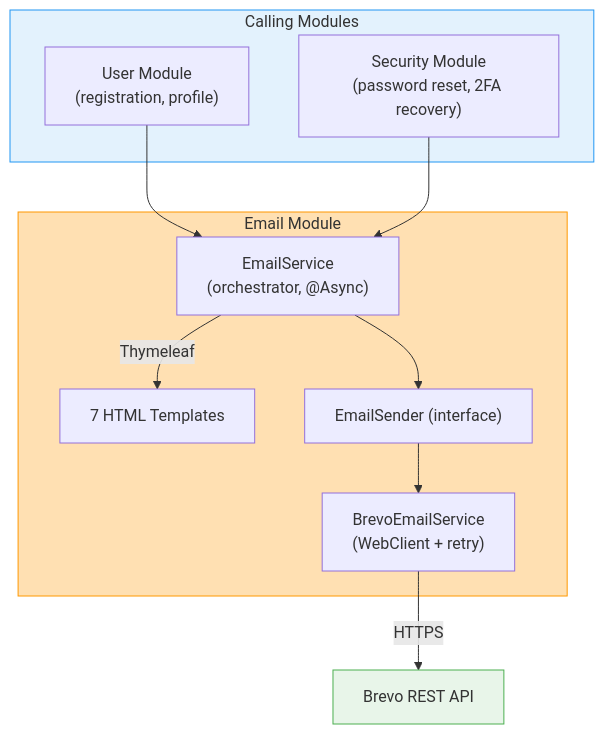
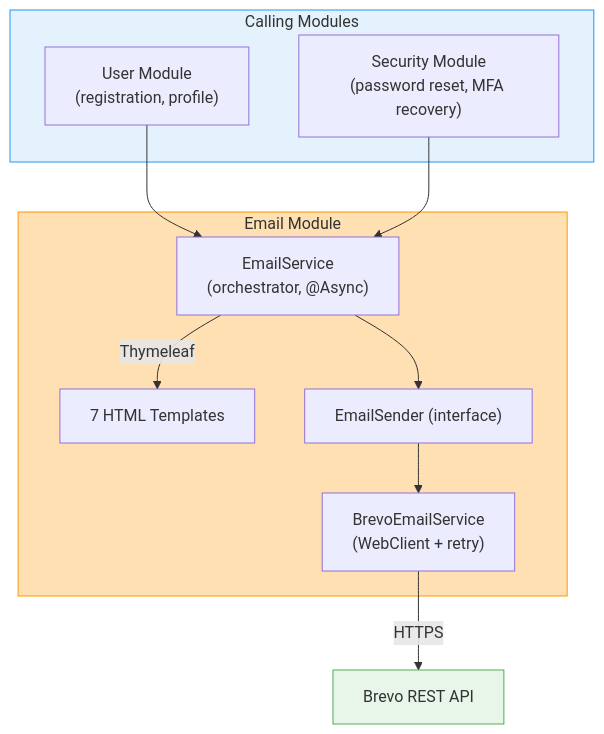
One commit to urvagandhi/coinTrack changed the eighth of 10 diagrams in backend/README.md. Above: the diagram before and after it, drawn with Mermaid. The commit also changed other lines of this file and 76 other files, not shown here.

````diff
--- a/backend/README.md
+++ b/backend/README.md
@@ -598,21 +598,21 @@
 ```mermaid
 graph TD
     subgraph Callers["Calling Modules"]
         USER["User Module<br/>(registration, profile)"]
-        SEC["Security Module<br/>(password reset, 2FA recovery)"]
+        SEC["Security Module<br/>(password reset, MFA recovery)"]
     end
 
     subgraph Email["Email Module"]
         ES["EmailService<br/>(orchestrator, @Async)"]
         ES -->|"Thymeleaf"| TPL["7 HTML Templates"]
         ES --> SENDER["EmailSender (interface)"]
         SENDER --> BREVO["BrevoEmailService<br/>(WebClient + retry)"]
     end
 
     USER & SEC --> ES
     BREVO -->|"HTTPS"| API["Brevo REST API"]
 
     style Callers fill:#e3f2fd,stroke:#2196F3
     style Email fill:#ffe0b2,stroke:#FF9800
     style API fill:#e8f5e9,stroke:#4CAF50
 ```
````
